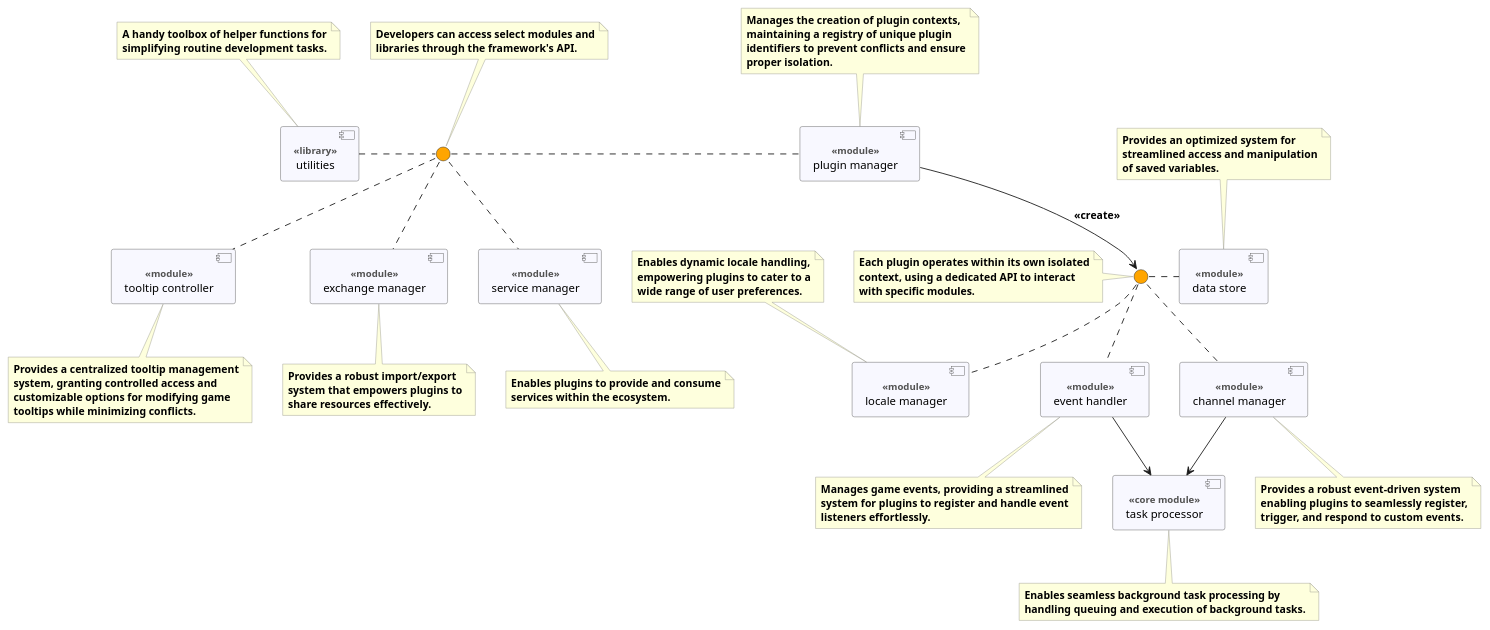
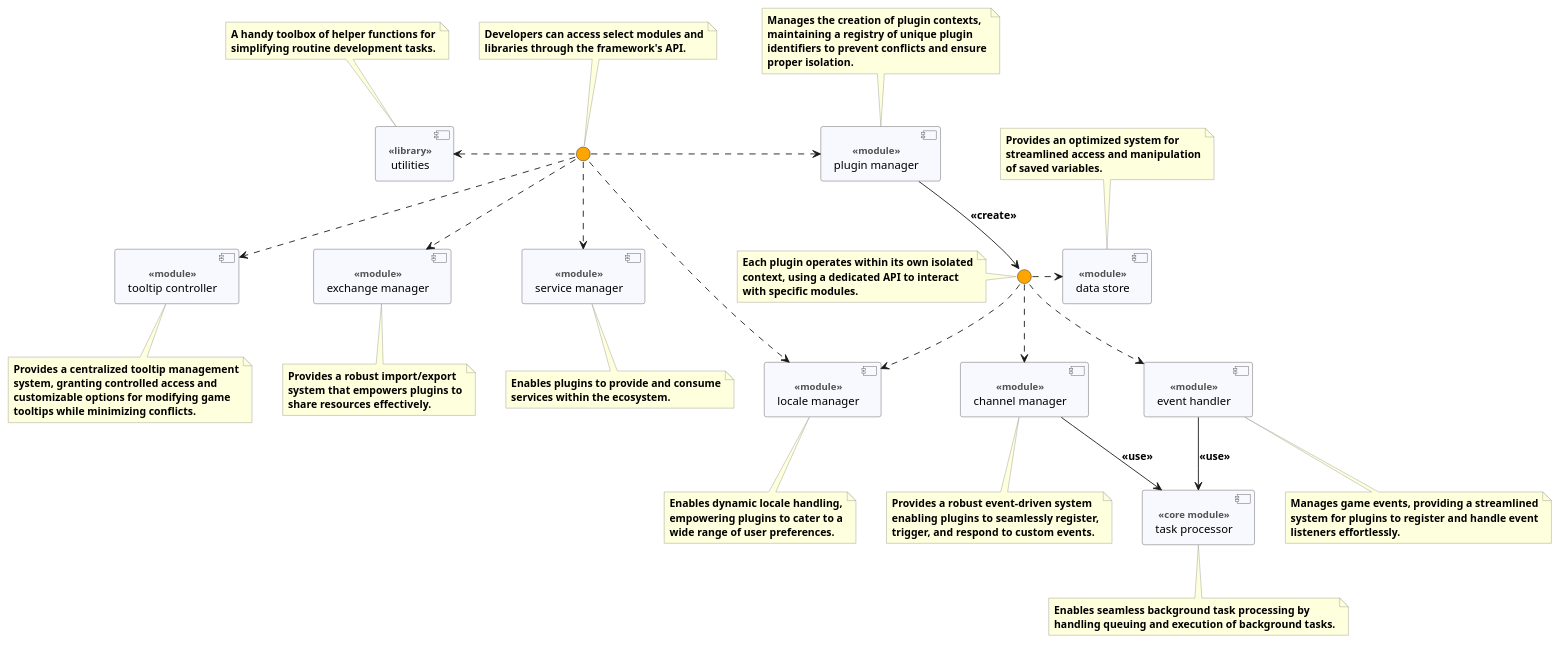
The diagram in Cogspinner/_dev/versions/1.0/structure.puml (erik-riklund/wow), drawn with PlantUML before and after one commit. The commit also changed 6 other files, not shown here.

```diff
--- a/Cogspinner/_dev/versions/1.0/structure.puml
+++ b/Cogspinner/_dev/versions/1.0/structure.puml
@@ -1,139 +1,140 @@
 @startuml Cogspinner
 
 skinparam ComponentBackgroundColor GhostWhite
 skinparam ComponentBorderColor #565656
 skinparam ComponentFontStyle normal
 skinparam ComponentFontSize 13pt
 skinparam ComponentStereotypeFontSize 11pt
 skinparam ComponentStereotypeFontStyle bold
 skinparam ComponentStereotypeFontColor #515151
 skinparam InterfaceBackgroundColor Orange
 skinparam NoteFontStyle bold
 skinparam NoteFontSize 12pt
 skinparam NoteFontColor black
 skinparam NoteBackgroundColor #FEFFDD
 skinparam NoteBorderColor #96968D
 skinparam ArrowFontSize 12pt
 skinparam ArrowFontStyle bold
 
 [channel manager] as channel <<module>>
 [data store] as data <<module>>
 [event handler] as event <<module>>
 [exchange manager] as exchange <<module>>
 [locale manager] as locale <<module>>
 [plugin manager] as plugin <<module>>
 [service manager] as service <<module>>
 [task processor] as task <<core module>>
 [tooltip controller] as tooltip <<module>>
 [utilities] <<library>>
 
 () " " as API
 () " " as pluginAPI
 
 ' NOTES:
 
 note as API_note
 Developers can access select modules and
 libraries through the framework's API.
 end note
 
 note as pluginAPI_note
 Each plugin operates within its own isolated
 context, using a dedicated API to interact
 with specific modules.
 end note
 
 note as utilities_note
 A handy toolbox of helper functions for
 simplifying routine development tasks.
 end note
 
 note as plugin_note
 Manages the creation of plugin contexts,
 maintaining a registry of unique plugin
 identifiers to prevent conflicts and ensure
 proper isolation.
 end note
 
 note as exchange_note
 Provides a robust import/export
 system that empowers plugins to
 share resources effectively.
 end note
 
 note as data_note
 Provides an optimized system for
 streamlined access and manipulation
 of saved variables.
 end note
 
 note as locale_note
 Enables dynamic locale handling,
 empowering plugins to cater to a
 wide range of user preferences.
 end note
 
 note as channel_note
 Provides a robust event-driven system
 enabling plugins to seamlessly register,
 trigger, and respond to custom events.
 end note
 
 note as task_note
 Enables seamless background task processing by
 handling queuing and execution of background tasks.
 end note
 
 note as event_note
 Manages game events, providing a streamlined
 system for plugins to register and handle event
 listeners effortlessly.
 end note
 
 note as service_note
 Enables plugins to provide and consume
 services within the ecosystem.
 end note
 
 note as tooltip_note
 Provides a centralized tooltip management
 system, granting controlled access and
 customizable options for modifying game
 tooltips while minimizing conflicts.
 end note
 
 ' note bindings:
 
 API .up. API_note
 channel .. channel_note
 data .up. data_note
 event .. event_note
 exchange .. exchange_note
-locale .up. locale_note
+locale .. locale_note
 pluginAPI .left. pluginAPI_note
 plugin .up. plugin_note
 service .. service_note
 task .. task_note
 tooltip .. tooltip_note
 utilities .up. utilities_note
 
 ' END NOTES.
 
 ' module relationships
-channel --> task
-event --> task
+channel --> task : <<use>>
+event --> task : <<use>>
 
 ' ' API relationships
-API .. exchange
-API . plugin
-API .. service
-API .. tooltip
-API .left. utilities
+API ..> exchange
+API .> plugin
+API ..> service
+API ..> tooltip
+API .left.> utilities
+API .> locale
 plugin --> pluginAPI : <<create>>
 
 ' plugin API relationships
-pluginAPI .. channel
-pluginAPI .right. data
-pluginAPI .. event
-pluginAPI .. locale
+pluginAPI ..> channel
+pluginAPI .right.> data
+pluginAPI ..> event
+pluginAPI ..> locale
 @enduml
```
